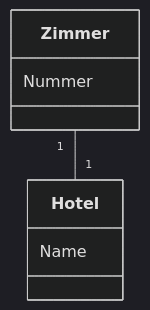
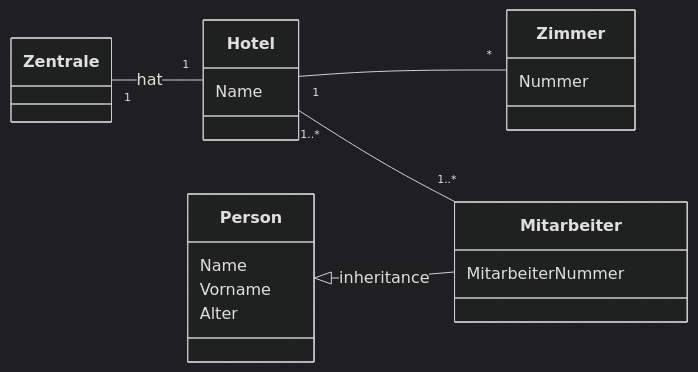
One commit to ibm4n/zhaw-summaries changed the diagram in S_4/SWEN/diagram-templates/domaenen-modell.mmd. Above: the diagram before and after it, drawn with Mermaid (dark theme). The commit also changed other lines of this file, not shown here.

Commit message:
feat: domaenen modell

```diff
--- a/S_4/SWEN/diagram-templates/domaenen-modell.mmd
+++ b/S_4/SWEN/diagram-templates/domaenen-modell.mmd
@@ -1,14 +1,30 @@
-classDiagram
+classDiagram 
+ direction RL
+
+%% https://mermaid.js.org/syntax/classDiagram.html
 
 %% define classes
 
   class Hotel{
    Name
   }
  class Zimmer{
    Nummer
   }
+
+class Mitarbeiter{
+  MitarbeiterNummer
+}
+
+class Person{
+  Name
+  Vorname
+  Alter
+}
    
-
+TEST
 %% define relations
-Zimmer "1" -- "1" Hotel
+Zimmer "*" -- "1" Hotel
+Mitarbeiter "1..*" -- "1..*" Hotel 
+Mitarbeiter --|> Person: inheritance
+Hotel "1" -- "1" Zentrale: hat
```
